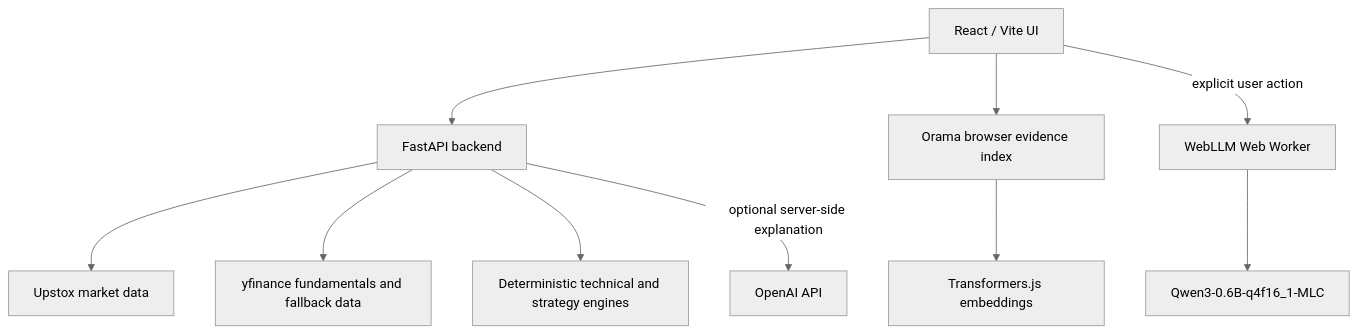
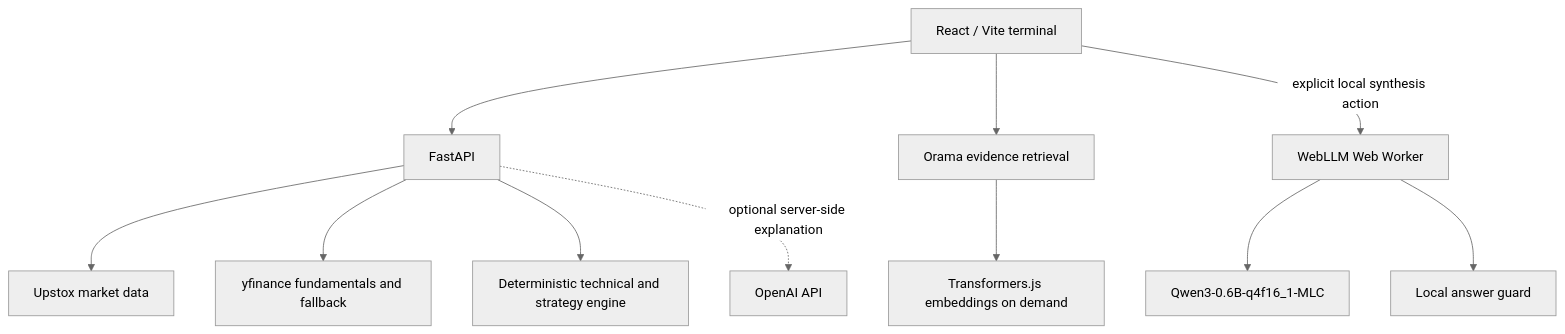
The diagram in README.md (wowmika/wowmazing-market-agent), drawn with Mermaid (neutral theme) before and after one commit. The commit also changed other lines of this file and 2 other files, not shown here.

````diff
--- a/README.md
+++ b/README.md
@@ -7,12 +7,13 @@
 ```mermaid
 flowchart TD
-  UI[React / Vite UI] --> API[FastAPI backend]
+  UI[React / Vite terminal] --> API[FastAPI]
   API --> UP[Upstox market data]
-  API --> YF[yfinance fundamentals and fallback data]
-  API --> ENGINE[Deterministic technical and strategy engines]
-  API -->|optional server-side explanation| OAI[OpenAI API]
-  UI --> ORAMA[Orama browser evidence index]
-  ORAMA --> EMB[Transformers.js embeddings]
-  UI -->|explicit user action| WORKER[WebLLM Web Worker]
+  API --> YF[yfinance fundamentals and fallback]
+  API --> DET[Deterministic technical and strategy engine]
+  API -. optional server-side explanation .-> OAI[OpenAI API]
+  UI --> ORAMA[Orama evidence retrieval]
+  ORAMA --> EMB[Transformers.js embeddings on demand]
+  UI -->|explicit local synthesis action| WORKER[WebLLM Web Worker]
   WORKER --> QWEN[Qwen3-0.6B-q4f16_1-MLC]
+  WORKER --> GUARD[Local answer guard]
 ```
````
